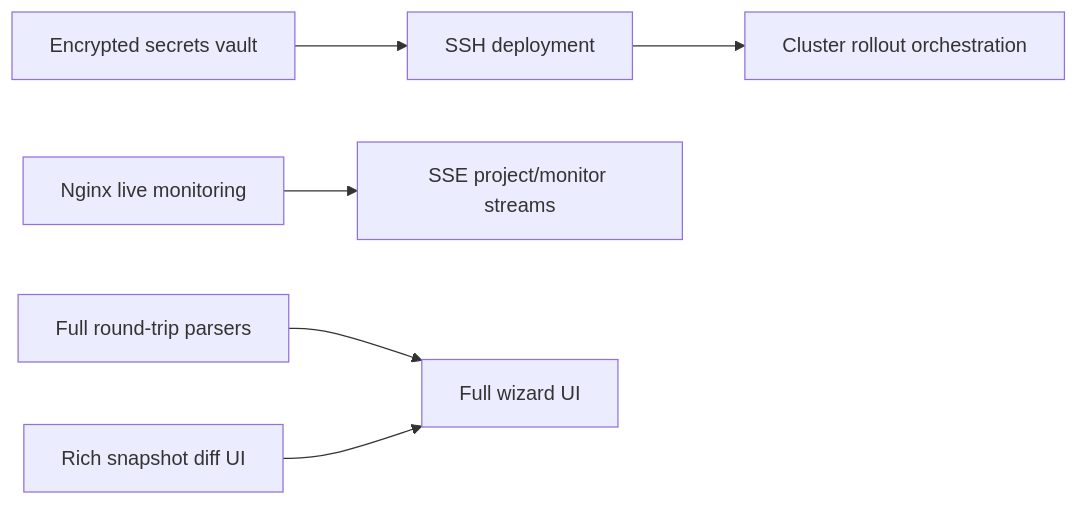
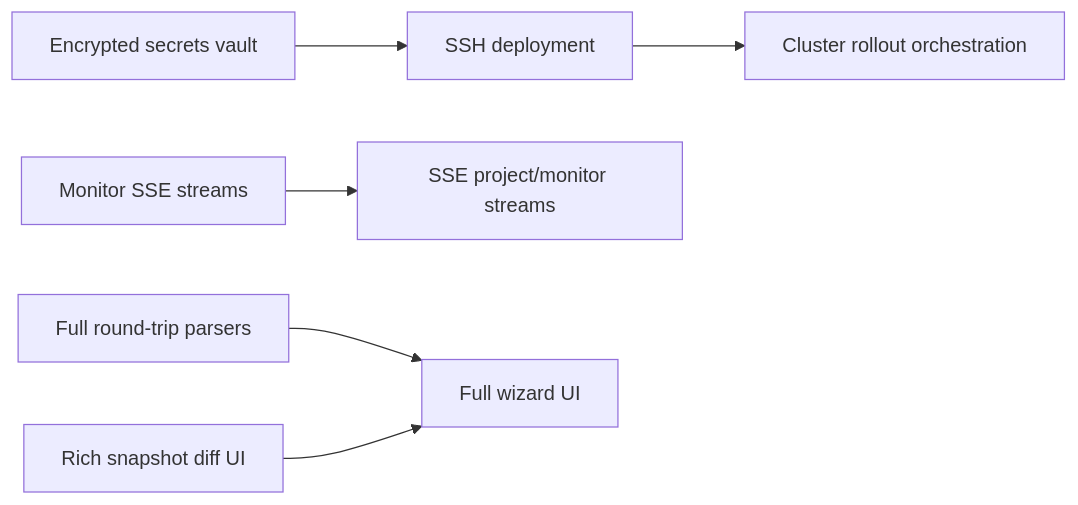
One commit to ersinkoc/Mizan changed diagram 18 of 18 in ARCHITECTURE.md. Above: the diagram before and after it, drawn with Mermaid. The commit also changed other lines of this file and 6 other files, not shown here.

Commit message:
Add Nginx stub status monitor

````diff
--- a/ARCHITECTURE.md
+++ b/ARCHITECTURE.md
@@ -578,17 +589,17 @@
 ```mermaid
 flowchart LR
   SSH["SSH deployment"]
   Rollout["Cluster rollout orchestration"]
   Secrets["Encrypted secrets vault"]
-  Monitor["Nginx live monitoring"]
+  Monitor["Monitor SSE streams"]
   SSE["SSE project/monitor streams"]
   FullParser["Full round-trip parsers"]
   Wizard["Full wizard UI"]
   DiffUI["Rich snapshot diff UI"]
 
   SSH --> Rollout
   Secrets --> SSH
   Monitor --> SSE
   FullParser --> Wizard
   DiffUI --> Wizard
 ```
````
